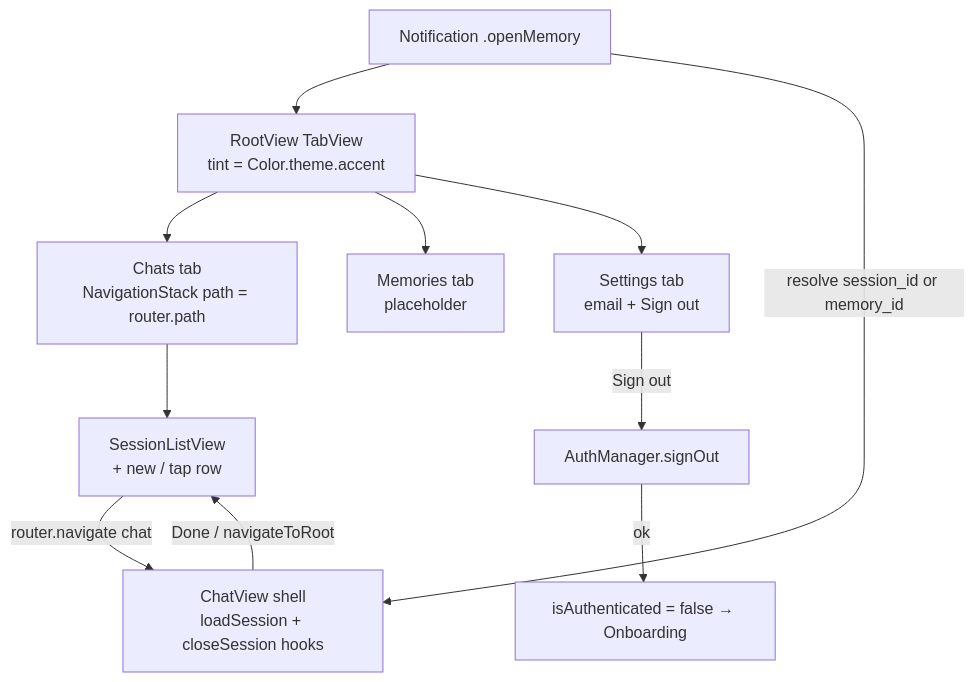
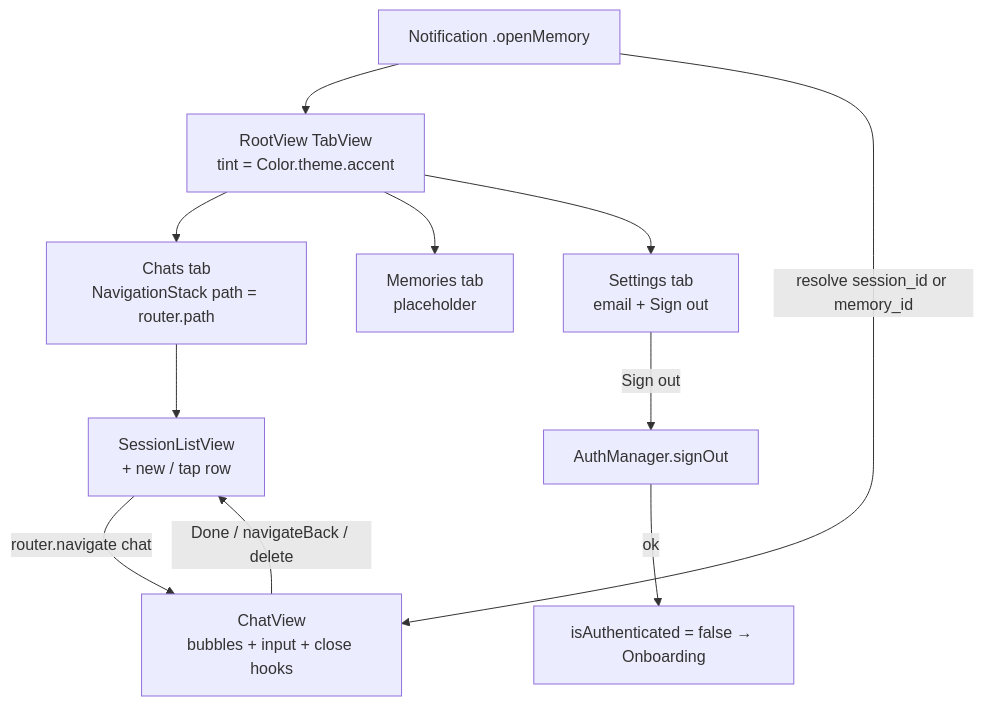
The fifth of 6 diagrams in docs/design/app-flow.md (Shayokh144/Mind_Mapper), drawn with Mermaid before and after one commit. The commit also changed other lines of this file and 20 other files, not shown here.

````diff
--- a/docs/design/app-flow.md
+++ b/docs/design/app-flow.md
@@ -144,13 +144,13 @@
 ```mermaid
 flowchart TD
     R["RootView TabView<br/>tint = Color.theme.accent"] --> C["Chats tab<br/>NavigationStack path = router.path"]
     R --> M["Memories tab<br/>placeholder"]
     R --> S["Settings tab<br/>email + Sign out"]
     C --> L["SessionListView<br/>+ new / tap row"]
-    L -->|router.navigate chat| Chat["ChatView shell<br/>loadSession + closeSession hooks"]
-    Chat -->|Done / navigateToRoot| L
+    L -->|router.navigate chat| Chat["ChatView<br/>bubbles + input + close hooks"]
+    Chat -->|Done / navigateBack / delete| L
     S -->|Sign out| SO["AuthManager.signOut"]
     SO -->|ok| O["isAuthenticated = false → Onboarding"]
     N["Notification .openMemory"] --> R
     N -->|resolve session_id or memory_id| Chat
 ```
````
